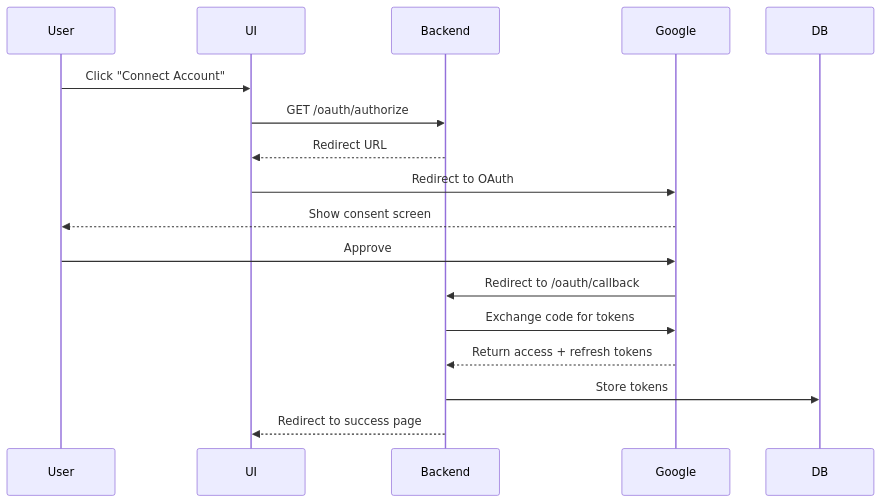
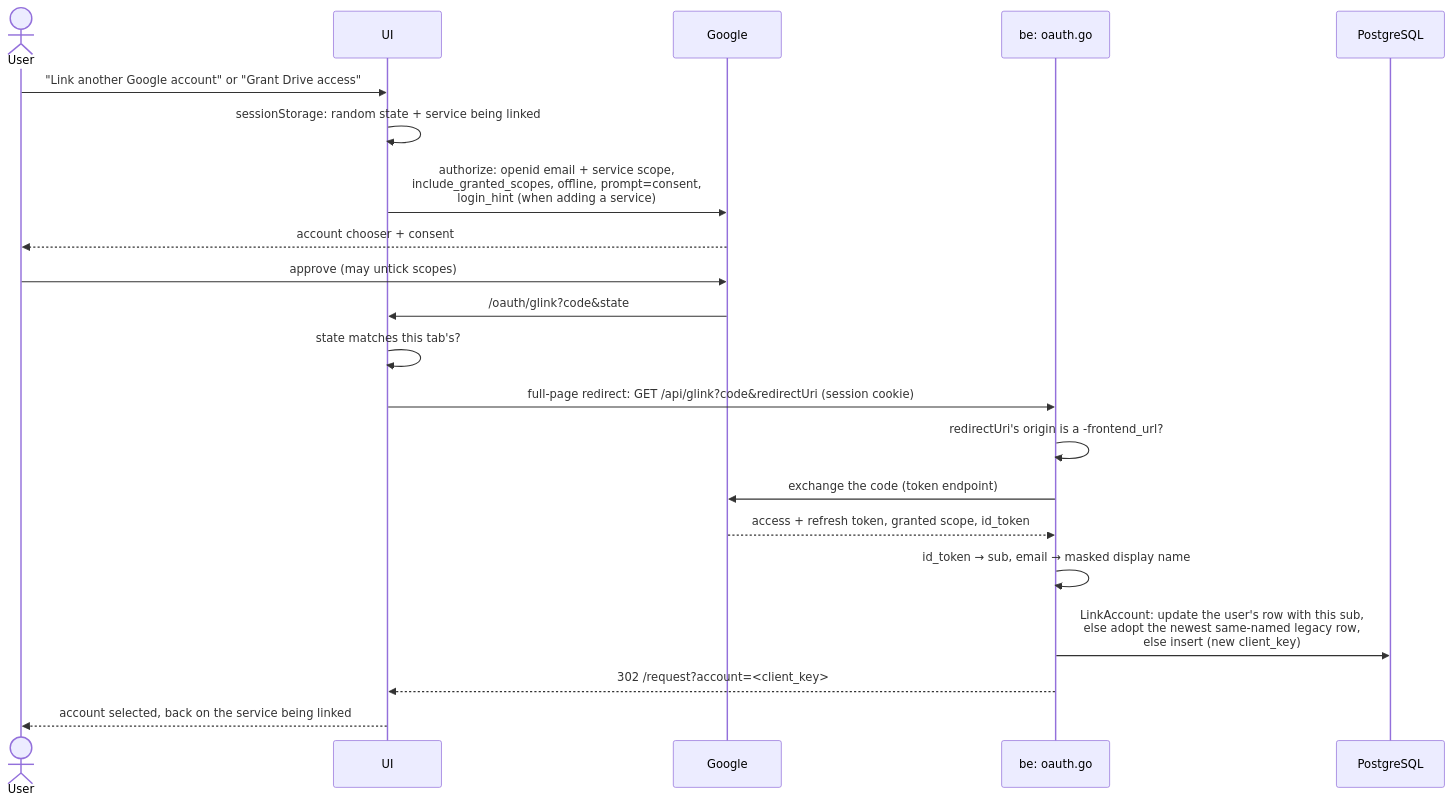
Before and after one commit to jyothri/bhandaar: the third of 5 diagrams in docs/architecture.md, drawn with Mermaid. The commit also changed other lines of this file, not shown here.

First line of the commit message:
docs: redraw the architecture diagrams as built (#34)

````diff
--- a/docs/architecture.md
+++ b/docs/architecture.md
@@ -303,20 +304,24 @@
 ```mermaid
 sequenceDiagram
-    participant User
+    actor User
     participant UI
-    participant Backend
     participant Google
-    participant DB
-    
-    User->>UI: Click "Connect Account"
-    UI->>Backend: GET /oauth/authorize
-    Backend-->>UI: Redirect URL
-    UI->>Google: Redirect to OAuth
-    Google-->>User: Show consent screen
-    User->>Google: Approve
-    Google->>Backend: Redirect to /oauth/callback
-    Backend->>Google: Exchange code for tokens
-    Google-->>Backend: Return access + refresh tokens
-    Backend->>DB: Store tokens
-    Backend-->>UI: Redirect to success page
+    participant BE as be: oauth.go
+    participant DB as PostgreSQL
+
+    User->>UI: "Link another Google account" or "Grant Drive access"
+    UI->>UI: sessionStorage: random state + service being linked
+    UI->>Google: authorize: openid email + service scope,<br/>include_granted_scopes, offline, prompt=consent,<br/>login_hint (when adding a service)
+    Google-->>User: account chooser + consent
+    User->>Google: approve (may untick scopes)
+    Google->>UI: /oauth/glink?code&state
+    UI->>UI: state matches this tab's?
+    UI->>BE: full-page redirect: GET /api/glink?code&redirectUri (session cookie)
+    BE->>BE: redirectUri's origin is a -frontend_url?
+    BE->>Google: exchange the code (token endpoint)
+    Google-->>BE: access + refresh token, granted scope, id_token
+    BE->>BE: id_token → sub, email → masked display name
+    BE->>DB: LinkAccount: update the user's row with this sub,<br/>else adopt the newest same-named legacy row,<br/>else insert (new client_key)
+    BE-->>UI: 302 /request?account=<client_key>
+    UI-->>User: account selected, back on the service being linked
 ```
````
